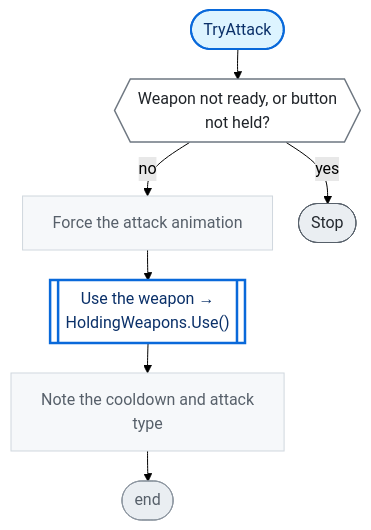
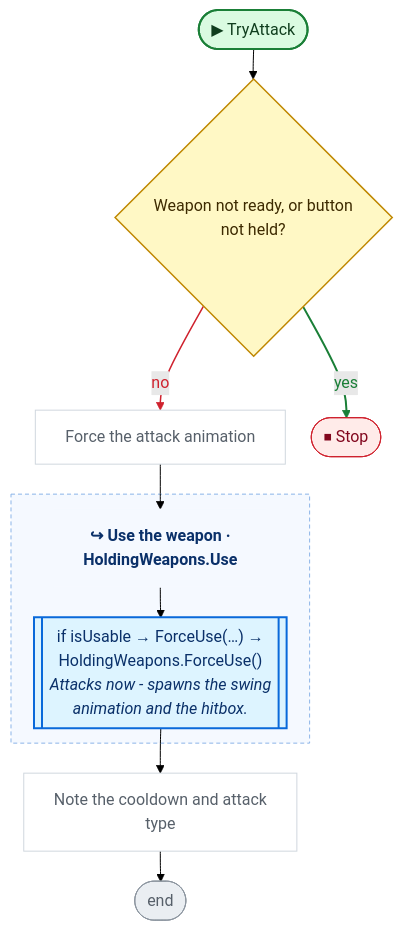
The ninth of 15 diagrams in CodeGraph~/graph/Player.cs.md (nataiai/Lord-of-the-Dungeon), drawn with Mermaid (forest theme) before and after one commit. The commit also changed other lines of this file and 44 other files, not shown here.

````diff
--- a/CodeGraph~/graph/Player.cs.md
+++ b/CodeGraph~/graph/Player.cs.md
@@ -443,39 +503,53 @@
 ```mermaid
 ---
 config:
   flowchart:
     wrappingWidth: 260
     nodeSpacing: 26
     rankSpacing: 30
 ---
 flowchart TD
-  nS(["TryAttack"])
-  n441299{{"Weapon not ready, or button<br>not held?"}}
+  nS(["▶ TryAttack"])
+  n441299{"Weapon not ready, or button<br>not held?"}
   nc39e71["Force the attack animation"]
-  n3a92de[["Use the weapon →<br>HoldingWeapons.Use()"]]
+  n3a92de_h["↪ Use the weapon ·<br>HoldingWeapons.Use"]
+  n3a92de_n173662[["if isUsable → ForceUse(…) →<br>HoldingWeapons.ForceUse()<br><i>Attacks now - spawns the swing</i><br><i>animation and the hitbox.</i>"]]
   na7960c["Note the cooldown and attack<br>type"]
   nE(["end"])
-  nb2e4fc(["Stop"])
+  nb2e4fc(["⏹ Stop"])
+  subgraph n3a92de_g[" "]
+    n3a92de_h
+    n3a92de_n173662
+  end
+  style n3a92de_g fill:#f5f9ff,stroke:#8cb4e8,stroke-dasharray:4 3,color:#0a3069
   nS --> n441299
   n441299 -->|no| nc39e71
   n441299 -->|yes| nb2e4fc
-  nc39e71 --> n3a92de
-  n3a92de --> na7960c
+  nc39e71 --> n3a92de_h
   na7960c --> nE
-  classDef unity fill:#fff1c2,stroke:#9a6700,stroke-width:2px,color:#3b2300
-  classDef start fill:#ddf4ff,stroke:#0969da,stroke-width:2px,color:#0a3069
-  classDef calc fill:#f6f8fa,stroke:#d0d7de,color:#57606a
-  classDef calls fill:#ffffff,stroke:#0969da,stroke-width:2.5px,color:#0a3069
-  classDef cond fill:#ffffff,stroke:#6e7781,stroke-width:1.5px,color:#1f2328
-  classDef loop fill:#fbefff,stroke:#8250df,color:#3e1f79
-  classDef exit fill:#eaeef2,stroke:#57606a,color:#24292f
-  classDef wait fill:#fff8f0,stroke:#bc4c00,color:#4d1d00
+  n3a92de_h --> n3a92de_n173662
+  n3a92de_n173662 --> na7960c
+  linkStyle 1 stroke:#cf222e,stroke-width:1.5px,color:#cf222e
+  linkStyle 2 stroke:#1a7f37,stroke-width:2px,color:#1a7f37
+  classDef unity fill:#dafbe1,stroke:#1a7f37,stroke-width:2px,color:#0f3d1d
+  classDef start fill:#dafbe1,stroke:#1a7f37,stroke-width:2px,color:#0f3d1d
+  classDef calc fill:#ffffff,stroke:#d0d7de,color:#57606a
+  classDef calls fill:#ddf4ff,stroke:#0969da,stroke-width:2px,color:#0a3069
+  classDef ext fill:#ddf4ff,stroke:#0969da,stroke-width:2px,stroke-dasharray:5 3,color:#0a3069
+  classDef cond fill:#fff8c5,stroke:#bf8700,stroke-width:1.5px,color:#3d2a00
+  classDef loop fill:#f6f8fa,stroke:#57606a,color:#1f2328
+  classDef exit fill:#ffebe9,stroke:#cf222e,color:#82071e
+  classDef kill fill:#ffebe9,stroke:#cf222e,stroke-width:2px,color:#82071e
+  classDef spawn fill:#dafbe1,stroke:#1a7f37,stroke-width:2px,color:#0f3d1d
+  classDef wait fill:#fff1e5,stroke:#bc4c00,color:#4d1d00
   classDef fin fill:#eaeef2,stroke:#8c959f,color:#57606a
   classDef join fill:#d0d7de,stroke:#8c959f,color:#57606a
+  classDef ghdr fill:#f5f9ff,stroke:#f5f9ff,color:#0a3069,font-weight:bold
   class nc39e71,na7960c calc
-  class n3a92de calls
+  class n3a92de_n173662 calls
   class n441299 cond
   class nb2e4fc exit
   class nE fin
+  class n3a92de_h ghdr
   class nS start
 ```
````
